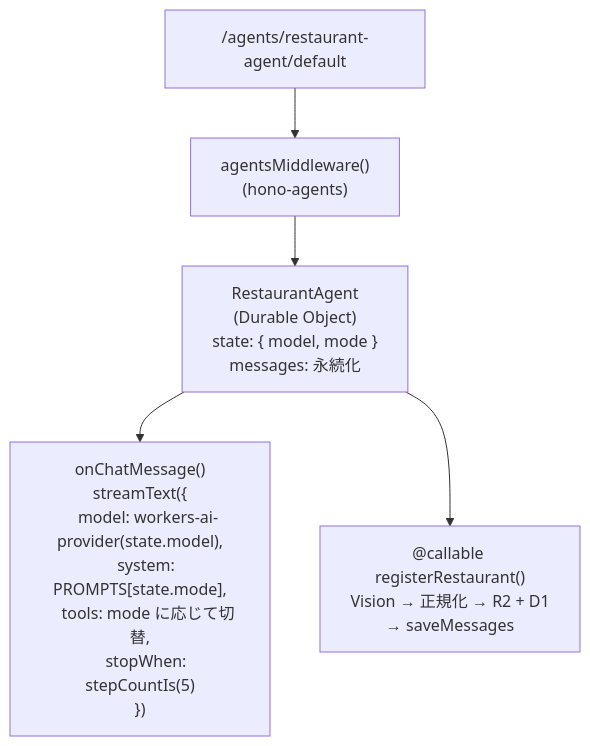
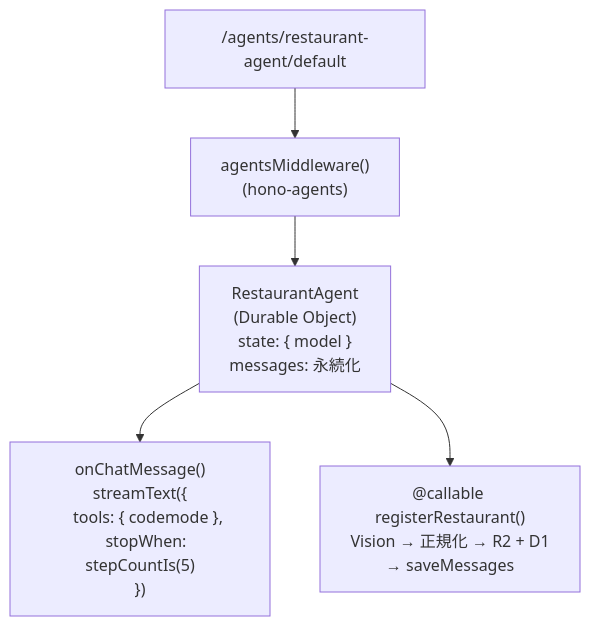
Before and after one commit to yusukebe/generative-ui-playground: the third of 5 diagrams in README.md, drawn with Mermaid. The commit also changed other lines of this file and 11 other files, not shown here.

````diff
--- a/README.md
+++ b/README.md
@@ -78,9 +96,8 @@
 ```mermaid
 flowchart TB
   Route["/agents/restaurant-agent/default"] --> Mid["agentsMiddleware()<br/>(hono-agents)"]
-  Mid --> Agent["RestaurantAgent<br/>(Durable Object)<br/>state: { model, mode }<br/>messages: 永続化"]
+  Mid --> Agent["RestaurantAgent<br/>(Durable Object)<br/>state: { model }<br/>messages: 永続化"]
 
-  Agent --> Stream["onChatMessage()<br/>streamText({<br/>　model: workers-ai-provider(state.model),<br/>　system: PROMPTS[state.mode],<br/>　tools: mode に応じて切替,<br/>　stopWhen: stepCountIs(5)<br/>})"]
-
+  Agent --> Stream["onChatMessage()<br/>streamText({<br/>　tools: { codemode },<br/>　stopWhen: stepCountIs(5)<br/>})"]
   Agent --> Reg["@callable registerRestaurant()<br/>Vision → 正規化 → R2 + D1<br/>→ saveMessages"]
 ```
````
